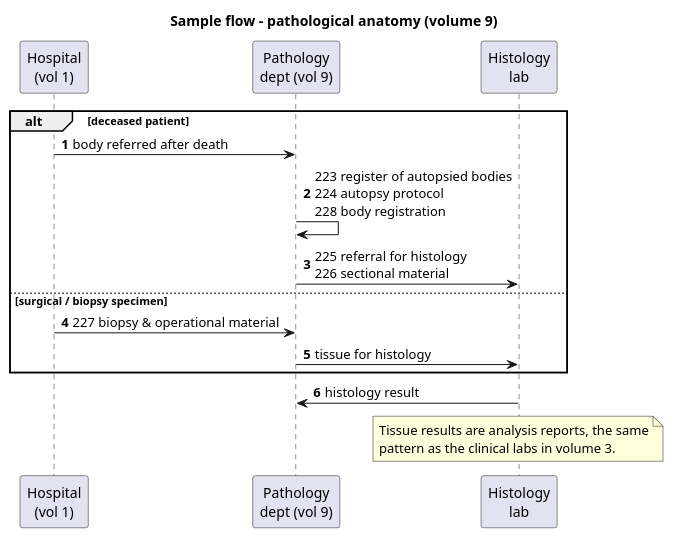
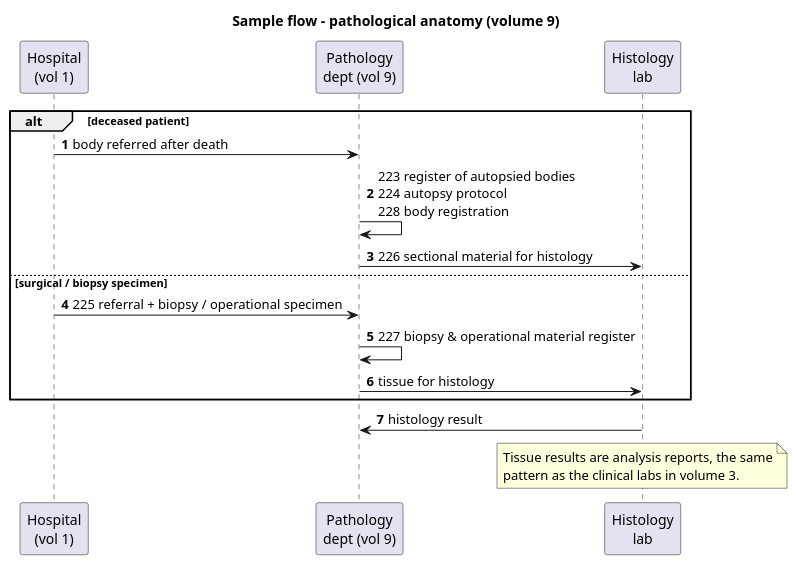
The diagram in input/images-source/forms-vol09-flow.plantuml (uzinfocom-org/digital-health-integration), drawn with PlantUML before and after one commit. The commit also changed 3 other files, not shown here.

```diff
--- a/input/images-source/forms-vol09-flow.plantuml
+++ b/input/images-source/forms-vol09-flow.plantuml
@@ -1,22 +1,23 @@
 @startuml forms-vol09-flow
 title Sample flow - pathological anatomy (volume 9)
 autonumber
 
 participant "Hospital\n(vol 1)" as H
 participant "Pathology\ndept (vol 9)" as PA
 participant "Histology\nlab" as HIST
 
 alt deceased patient
   H -> PA : body referred after death
   PA -> PA : 223 register of autopsied bodies\n224 autopsy protocol\n228 body registration
-  PA -> HIST : 225 referral for histology\n226 sectional material
+  PA -> HIST : 226 sectional material for histology
 else surgical / biopsy specimen
-  H -> PA : 227 biopsy & operational material
+  H -> PA : 225 referral + biopsy / operational specimen
+  PA -> PA : 227 biopsy & operational material register
   PA -> HIST : tissue for histology
 end
 HIST -> PA : histology result
 note over HIST
   Tissue results are analysis reports, the same
   pattern as the clinical labs in volume 3.
 end note
 @enduml
```
